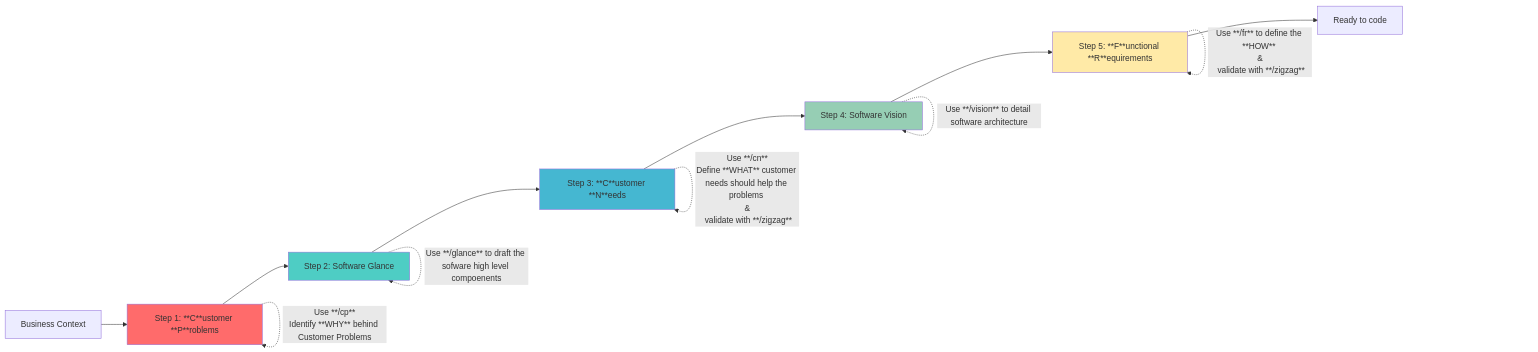
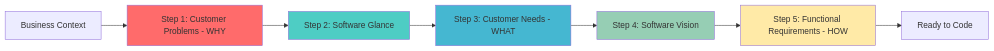
One commit to RafaelGorski/Problem-Based-SRS changed the diagram in README.md. Above: the diagram before and after it, drawn with Mermaid. The commit also changed other lines of this file, not shown here.

````diff
--- a/README.md
+++ b/README.md
@@ -148,20 +58,15 @@
 ```mermaid
 graph LR
-    A[Business Context] --> B[Step 1: **C**ustomer **P**roblems]
+    A[Business Context] --> B[Step 1: Customer Problems - WHY]
     B --> C[Step 2: Software Glance]
-    C --> D[Step 3: **C**ustomer **N**eeds]
+    C --> D[Step 3: Customer Needs - WHAT]
     D --> E[Step 4: Software Vision]
-    E --> F[Step 5: **F**unctional **R**equirements]
-    F --> G[Ready to code]
+    E --> F[Step 5: Functional Requirements - HOW]
+    F --> G[Ready to Code]
 
-    B -.->| Use **/cp**<br/>Identify **WHY** behind Customer Problems | B
-    C -.->| Use **/glance** to draft the sofware high level compoenents| C
-    D -.->| Use **/cn**<br/>Define **WHAT** customer needs should help the problems <br/>&<br/> validate with **/zigzag** | D
-    E -.->| Use **/vision** to detail software architecture | E
-    F -.->| Use **/fr** to define the **HOW** <br/>&<br/> validate with **/zigzag**  | F
     style B fill:#ff6b6b
     style C fill:#4ecdc4
     style D fill:#45b7d1
     style E fill:#96ceb4
     style F fill:#ffeaa7
 ```
````
